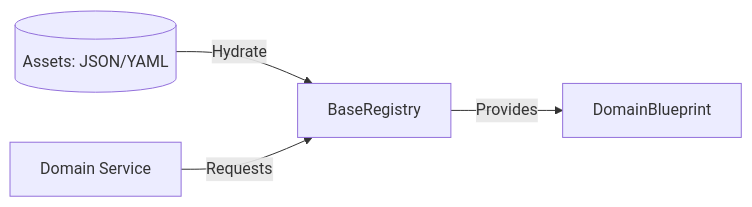
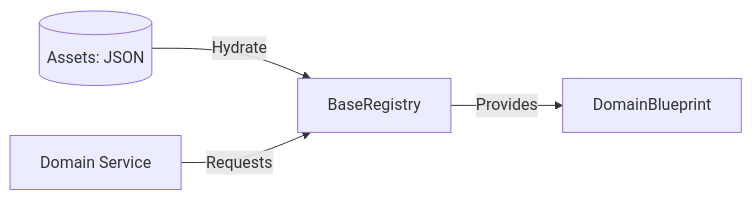
The third of 4 diagrams in docs/design/contracts.md (mnaatjes/oregon-trail-clone), drawn with Mermaid before and after one commit. The commit also changed other lines of this file, not shown here.

````diff
--- a/docs/design/contracts.md
+++ b/docs/design/contracts.md
@@ -80,6 +88,6 @@
 ```mermaid
 flowchart LR
-    Assets[(Assets: JSON/YAML)] -->|Hydrate| Registry[BaseRegistry]
+    Assets[(Assets: JSON)] -->|Hydrate| Registry[BaseRegistry]
     Registry -->|Provides| Blueprint[DomainBlueprint]
     Service[Domain Service] -->|Requests| Registry
 ```
````
